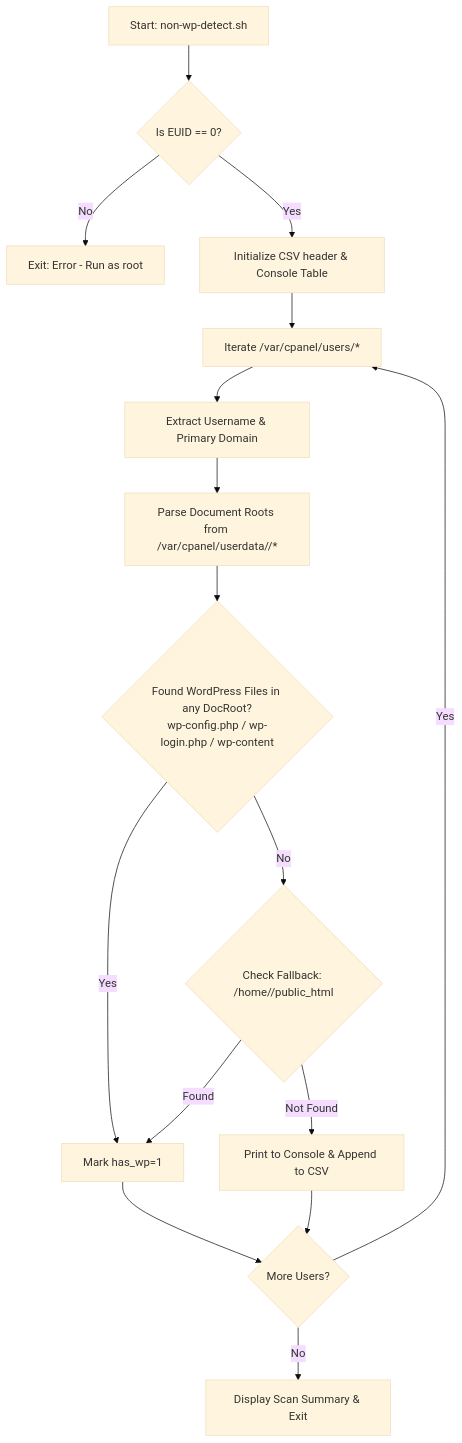
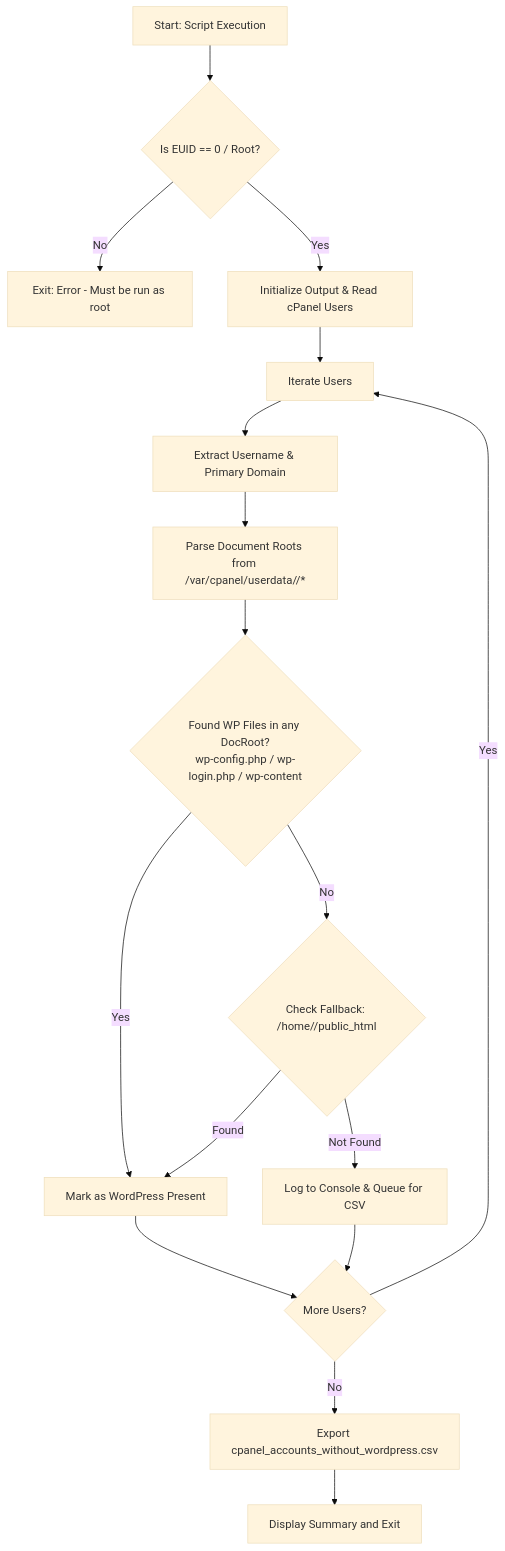
One commit to DevFlite/cpanel-detect-non-wp-user changed the diagram in README.md. Above: the diagram before and after it, drawn with Mermaid (base theme). The commit also changed other lines of this file and 1 other file, not shown here.

Commit message:
feat: add Python 3 implementation and update documentation for non-WordPress account detector

````diff
--- a/README.md
+++ b/README.md
@@ -50,18 +53,19 @@
 ```mermaid
 flowchart TD
-    A[Start: non-wp-detect.sh] --> B{Is EUID == 0?}
-    B -- No --> C[Exit: Error - Run as root]
-    B -- Yes --> D[Initialize CSV header & Console Table]
-    D --> E[Iterate /var/cpanel/users/*]
+    A[Start: Script Execution] --> B{Is EUID == 0 / Root?}
+    B -- No --> C[Exit: Error - Must be run as root]
+    B -- Yes --> D[Initialize Output & Read cPanel Users]
+    D --> E[Iterate Users]
     E --> F[Extract Username & Primary Domain]
     F --> G[Parse Document Roots from /var/cpanel/userdata/<user>/*]
-    G --> H{Found WordPress Files in any DocRoot?<br/>wp-config.php / wp-login.php / wp-content}
-    H -- Yes --> I[Mark has_wp=1]
+    G --> H{Found WP Files in any DocRoot?<br/>wp-config.php / wp-login.php / wp-content}
+    H -- Yes --> I[Mark as WordPress Present]
     H -- No --> J{Check Fallback: /home/<user>/public_html}
     J -- Found --> I
-    J -- Not Found --> K[Print to Console & Append to CSV]
+    J -- Not Found --> K[Log to Console & Queue for CSV]
     I --> L{More Users?}
     K --> L
     L -- Yes --> E
-    L -- No --> M[Display Scan Summary & Exit]
+    L -- No --> M[Export cpanel_accounts_without_wordpress.csv]
+    M --> N[Display Summary and Exit]
 ```
````
